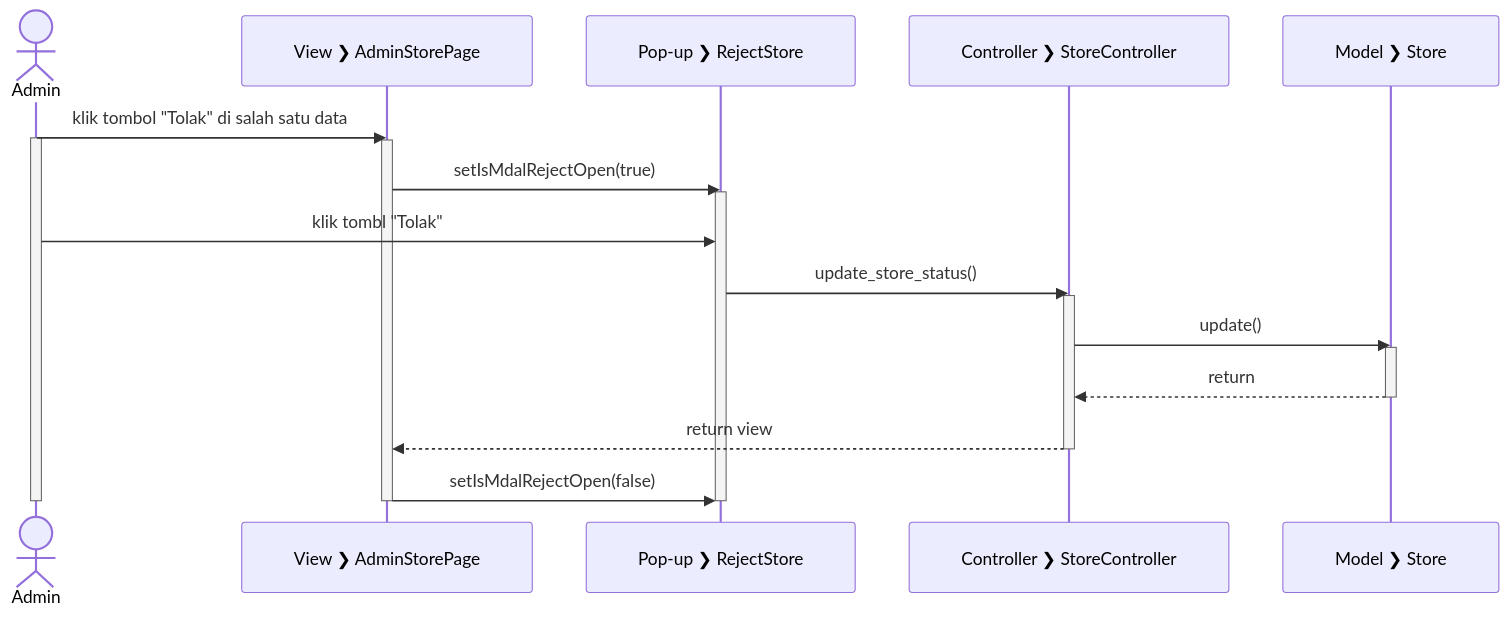
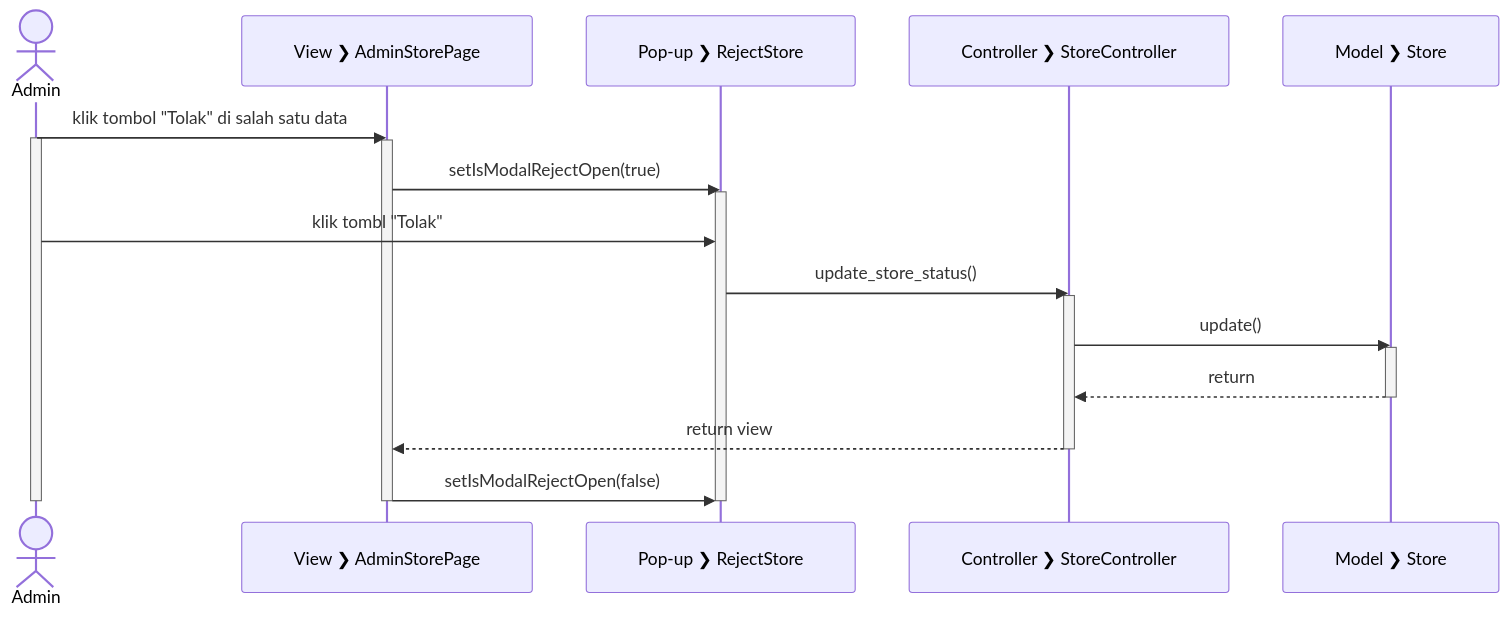
Before and after one commit to rizalgrandonk/salesprint-diagrams: the diagram in sequence/AdminRejectStore.mmd, drawn with Mermaid. The commit also changed 11 other files, not shown here.

```diff
--- a/sequence/AdminRejectStore.mmd
+++ b/sequence/AdminRejectStore.mmd
@@ -1,40 +1,40 @@
 sequenceDiagram
   actor Admin
   participant V_ASP as View #10095; AdminStorePage
   participant P_RS as Pop-up #10095; RejectStore
   participant C_S as Controller #10095; StoreController
   participant M_S as Model #10095; Store
 
   Admin->>V_ASP: klik tombol "Tolak" di salah satu data
   
   activate Admin
 
   activate V_ASP
 
-  V_ASP->>P_RS: setIsMdalRejectOpen(true)
+  V_ASP->>P_RS: setIsModalRejectOpen(true)
 
   activate P_RS
 
   Admin->>P_RS: klik tombl "Tolak"
   P_RS->>C_S: update_store_status()
 
   activate C_S
 
   C_S->>M_S: update()
   
   activate M_S
   
   M_S-->>C_S: return
 
   deactivate M_S
 
   C_S-->>V_ASP: return view
 
   deactivate C_S
   
-  V_ASP->>P_RS: setIsMdalRejectOpen(false)
+  V_ASP->>P_RS: setIsModalRejectOpen(false)
 
   deactivate P_RS
   deactivate V_ASP
   
   deactivate Admin
```
